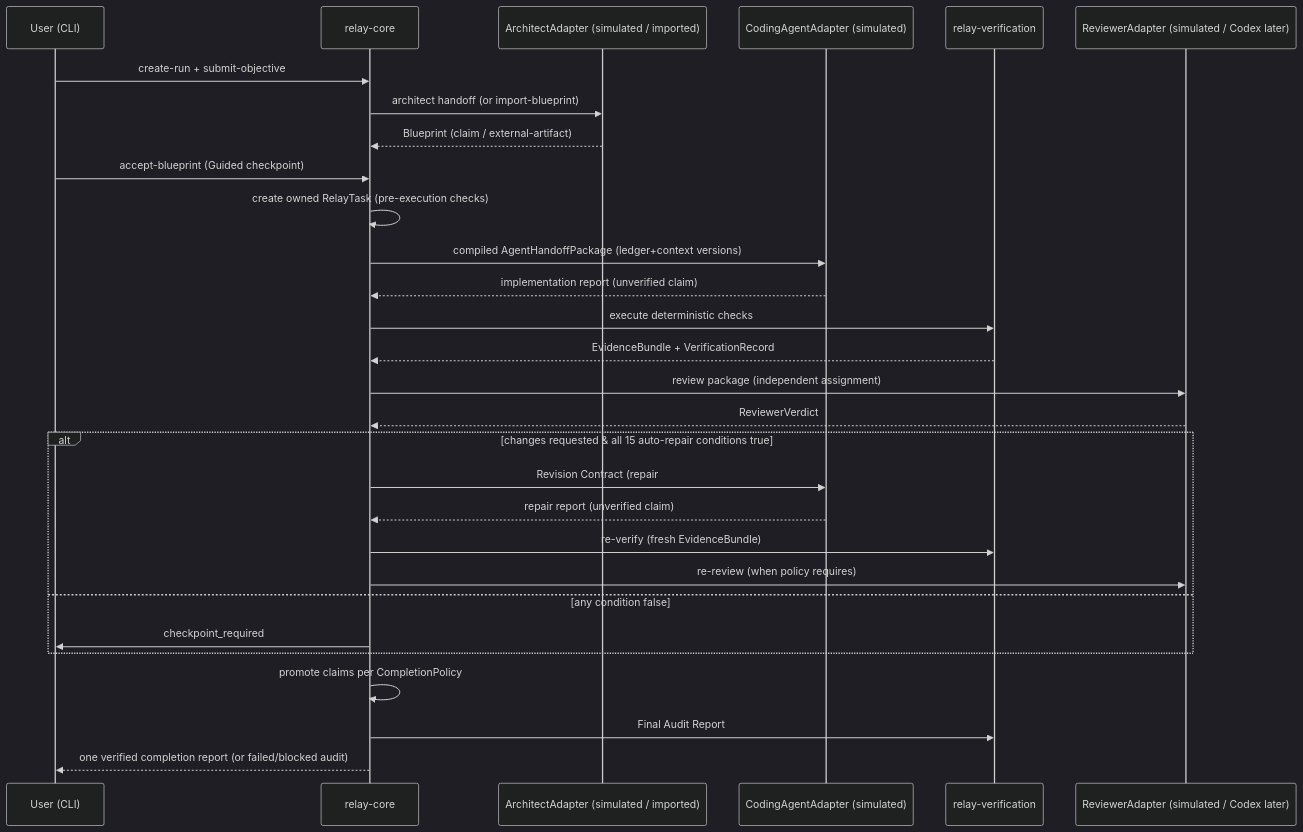
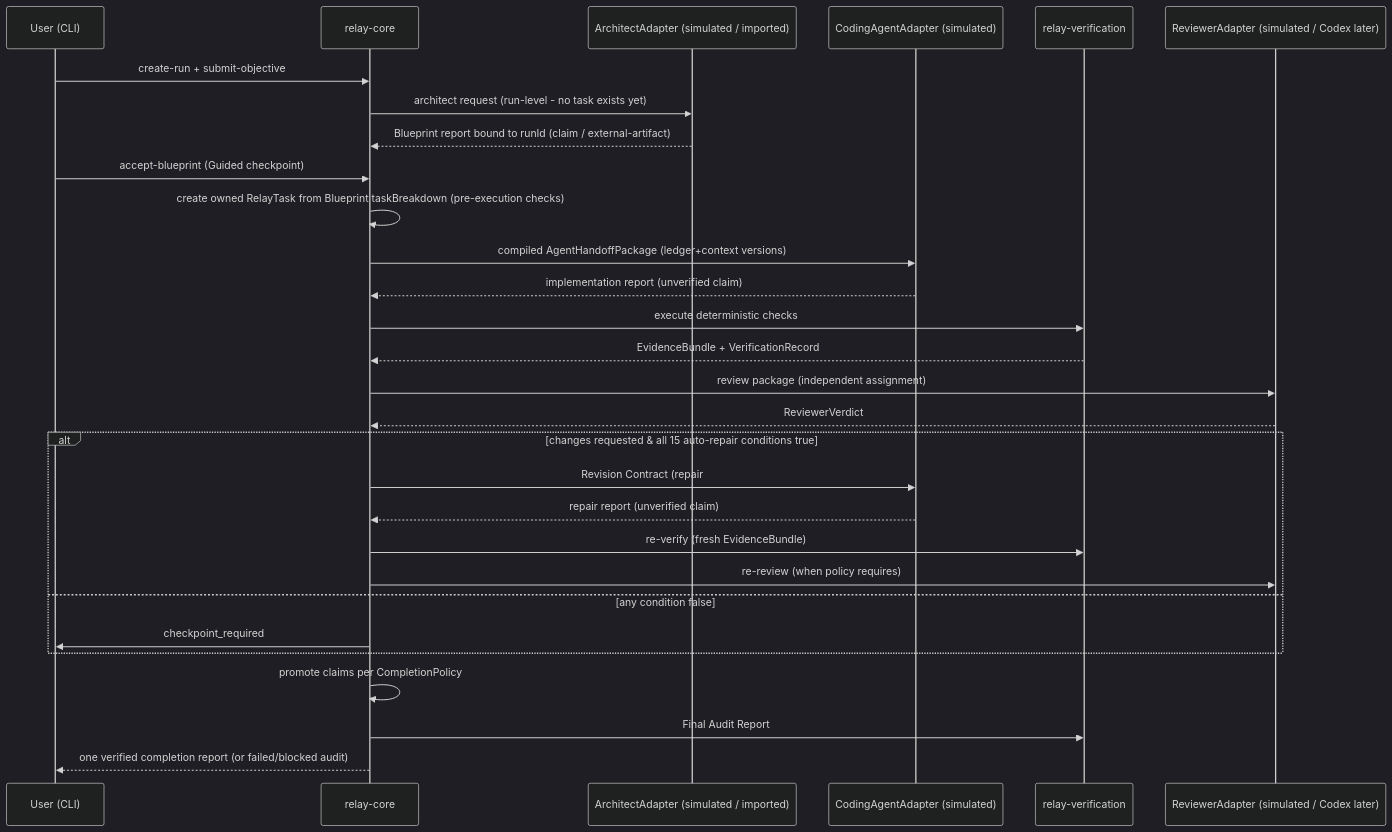
Before and after one commit to ohdieyuh-glitch/sunday-relay: the fifth of 6 diagrams in docs/relay/ARCHITECTURE.md, drawn with Mermaid (dark theme). The commit also changed other lines of this file and 8 other files, not shown here.

First line of the commit message:
docs(relay): lock expanded Relay architecture

````diff
--- a/docs/relay/ARCHITECTURE.md
+++ b/docs/relay/ARCHITECTURE.md
@@ -163,31 +163,31 @@
 ```mermaid
 sequenceDiagram
   participant U as User (CLI)
   participant C as relay-core
   participant A as ArchitectAdapter (simulated / imported)
   participant I as CodingAgentAdapter (simulated)
   participant V as relay-verification
   participant R as ReviewerAdapter (simulated / Codex later)
   U->>C: create-run + submit-objective
-  C->>A: architect handoff (or import-blueprint)
-  A-->>C: Blueprint (claim / external-artifact)
+  C->>A: architect request (run-level - no task exists yet)
+  A-->>C: Blueprint report bound to runId (claim / external-artifact)
   U->>C: accept-blueprint (Guided checkpoint)
-  C->>C: create owned RelayTask (pre-execution checks)
+  C->>C: create owned RelayTask from Blueprint taskBreakdown (pre-execution checks)
   C->>I: compiled AgentHandoffPackage (ledger+context versions)
   I-->>C: implementation report (unverified claim)
   C->>V: execute deterministic checks
   V-->>C: EvidenceBundle + VerificationRecord
   C->>R: review package (independent assignment)
   R-->>C: ReviewerVerdict
   alt changes requested & all 15 auto-repair conditions true
     C->>I: Revision Contract (repair #1 of max 1)
     I-->>C: repair report (unverified claim)
     C->>V: re-verify (fresh EvidenceBundle)
     C->>R: re-review (when policy requires)
   else any condition false
     C->>U: checkpoint_required
   end
   C->>C: promote claims per CompletionPolicy
   C->>V: Final Audit Report
   C-->>U: one verified completion report (or failed/blocked audit)
 ```
````
